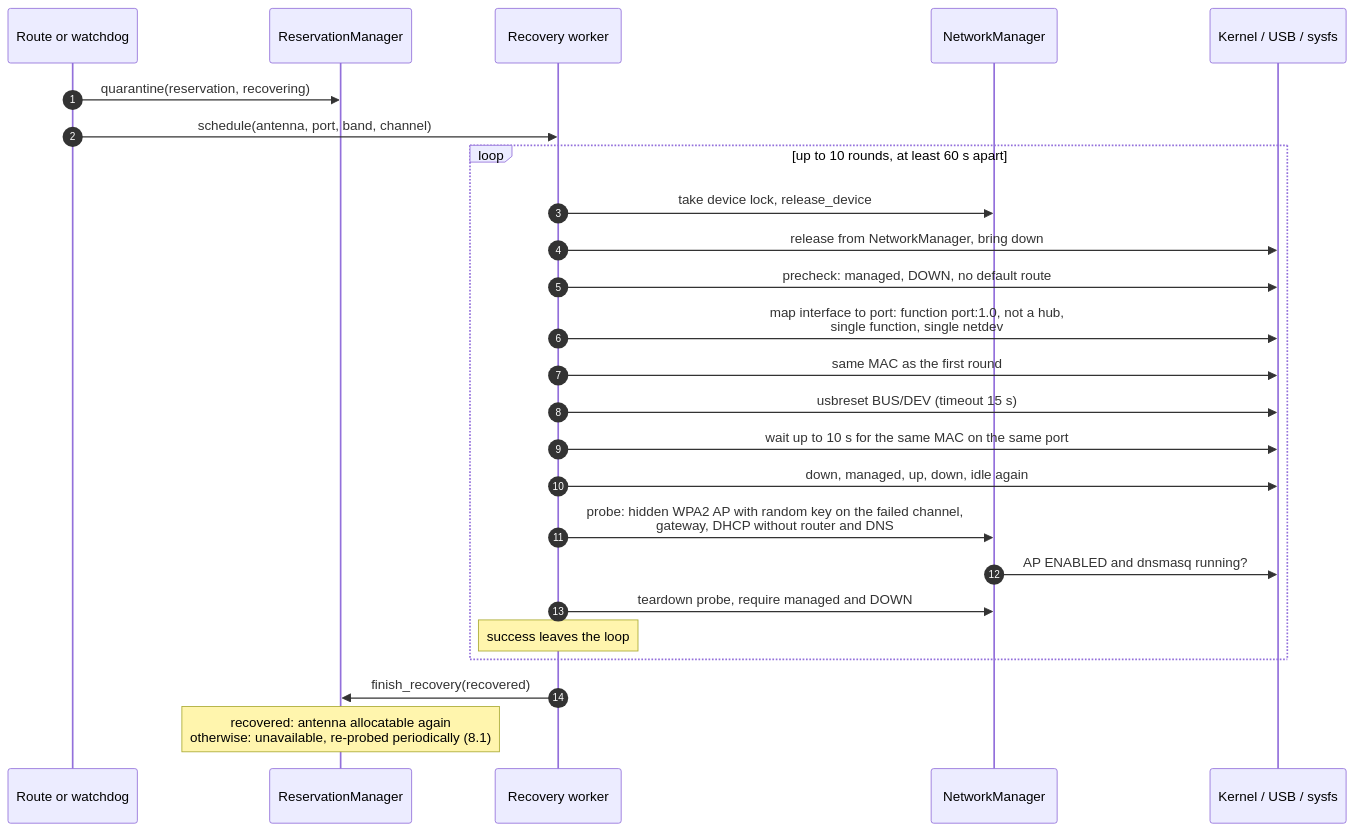
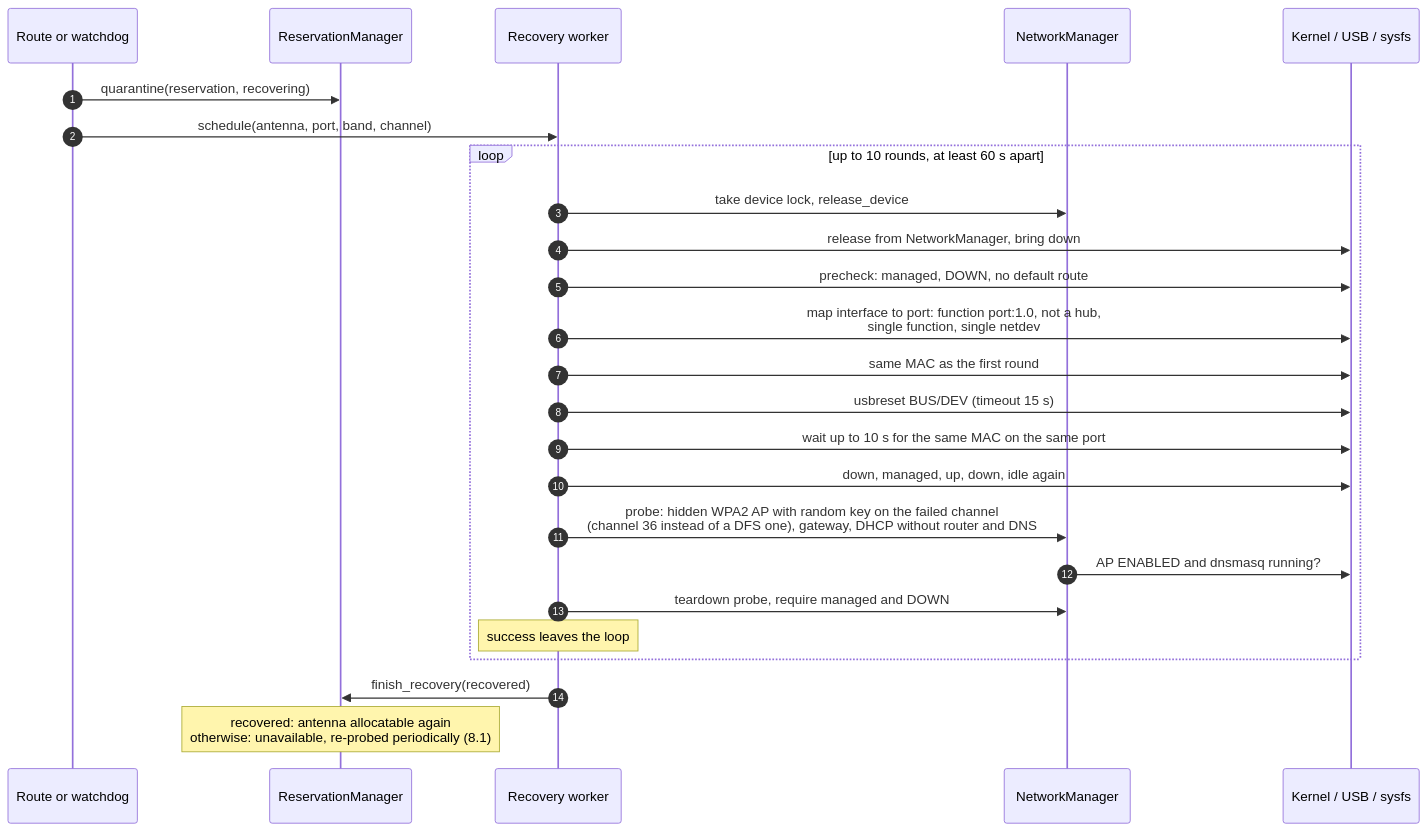
Before and after one commit to caporalesimone/wi-lab: diagram 13 of 15 in docs/architecture.md, drawn with Mermaid. The commit also changed other lines of this file and 7 other files, not shown here.

````diff
--- a/docs/architecture.md
+++ b/docs/architecture.md
@@ -949,28 +949,28 @@
 ```mermaid
 sequenceDiagram
     autonumber
     participant RT as Route or watchdog
     participant RM as ReservationManager
     participant WK as Recovery worker
     participant NM as NetworkManager
     participant K as Kernel / USB / sysfs
 
     RT->>RM: quarantine(reservation, recovering)
     RT->>WK: schedule(antenna, port, band, channel)
     loop up to 10 rounds, at least 60 s apart
         WK->>NM: take device lock, release_device
         WK->>K: release from NetworkManager, bring down
         WK->>K: precheck: managed, DOWN, no default route
         WK->>K: map interface to port: function port:1.0, not a hub,<br/>single function, single netdev
         WK->>K: same MAC as the first round
         WK->>K: usbreset BUS/DEV (timeout 15 s)
         WK->>K: wait up to 10 s for the same MAC on the same port
         WK->>K: down, managed, up, down, idle again
-        WK->>NM: probe: hidden WPA2 AP with random key on the failed channel,<br/>gateway, DHCP without router and DNS
+        WK->>NM: probe: hidden WPA2 AP with random key on the failed channel<br/>(channel 36 instead of a DFS one), gateway, DHCP without router and DNS
         NM->>K: AP ENABLED and dnsmasq running?
         WK->>NM: teardown probe, require managed and DOWN
         Note over WK: success leaves the loop
     end
     WK->>RM: finish_recovery(recovered)
     Note over RM: recovered: antenna allocatable again<br/>otherwise: unavailable, re-probed periodically (8.1)
 ```
````
